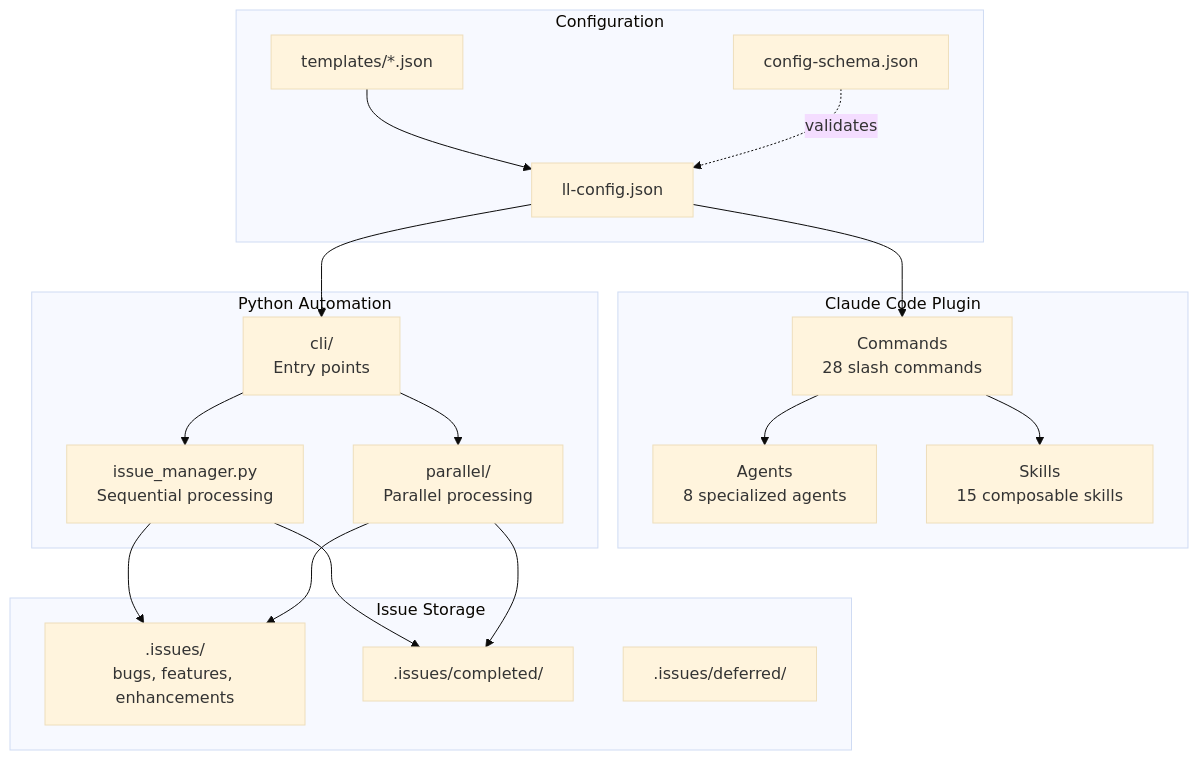
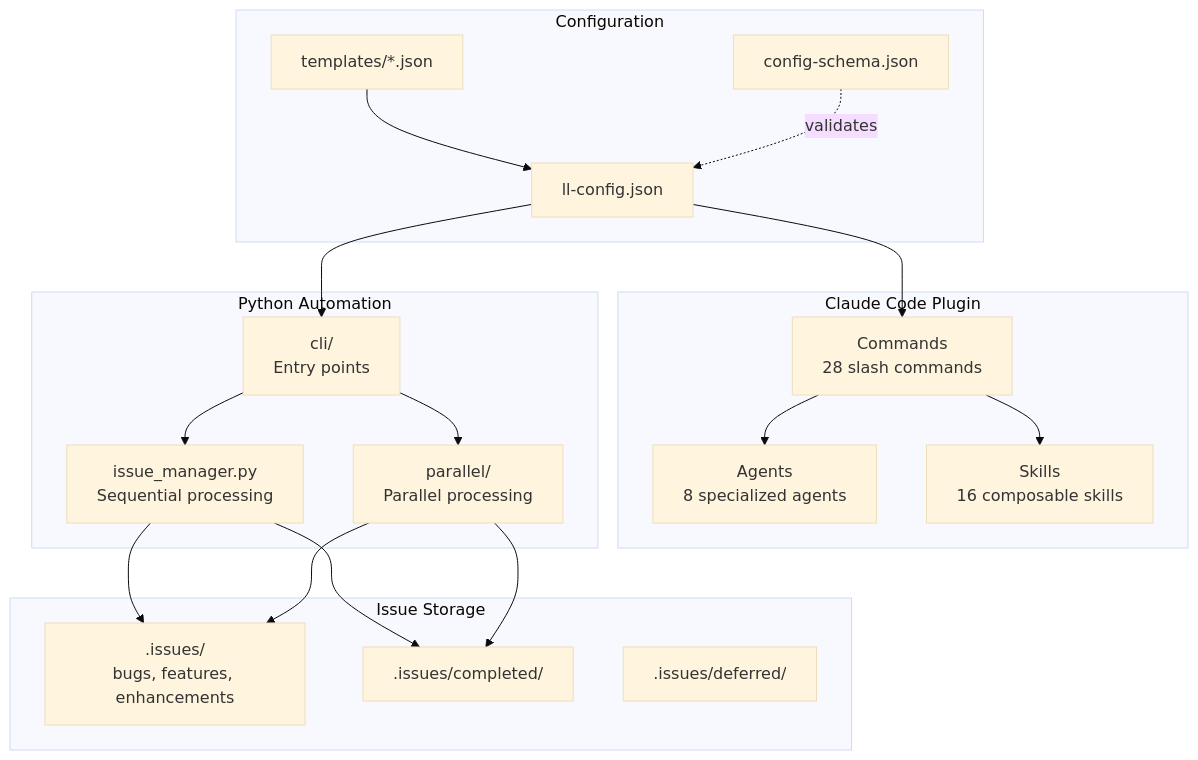
Before and after one commit to BrennonTWilliams/little-loops: the first of 13 diagrams in docs/ARCHITECTURE.md, drawn with Mermaid (base theme). The commit also changed other lines of this file and 2 other files, not shown here.

First line of the commit message:
docs: fix stale counts, paths, and missing entries in ARCHITECTURE and CONTRIBUTING

````diff
--- a/docs/ARCHITECTURE.md
+++ b/docs/ARCHITECTURE.md
@@ -21,39 +21,39 @@
 ```mermaid
 flowchart TB
     subgraph "Claude Code Plugin"
         CMD[Commands<br/>28 slash commands]
         AGT[Agents<br/>8 specialized agents]
-        SKL[Skills<br/>15 composable skills]
+        SKL[Skills<br/>16 composable skills]
     end
 
     subgraph "Configuration"
         CFG[ll-config.json]
         SCHEMA[config-schema.json]
         TPL[templates/*.json]
     end
 
     subgraph "Python Automation"
         CLI[cli/<br/>Entry points]
         AUTO[issue_manager.py<br/>Sequential processing]
         PARALLEL[parallel/<br/>Parallel processing]
     end
 
     subgraph "Issue Storage"
         ISSUES[.issues/<br/>bugs, features, enhancements]
         COMPLETED[.issues/completed/]
         DEFERRED[.issues/deferred/]
     end
 
     CFG --> CMD
     TPL --> CFG
     SCHEMA -.->|validates| CFG
     CFG --> CLI
     CMD --> AGT
     CMD --> SKL
     CLI --> AUTO
     CLI --> PARALLEL
     AUTO --> ISSUES
     PARALLEL --> ISSUES
     AUTO --> COMPLETED
     PARALLEL --> COMPLETED
 ```
````
